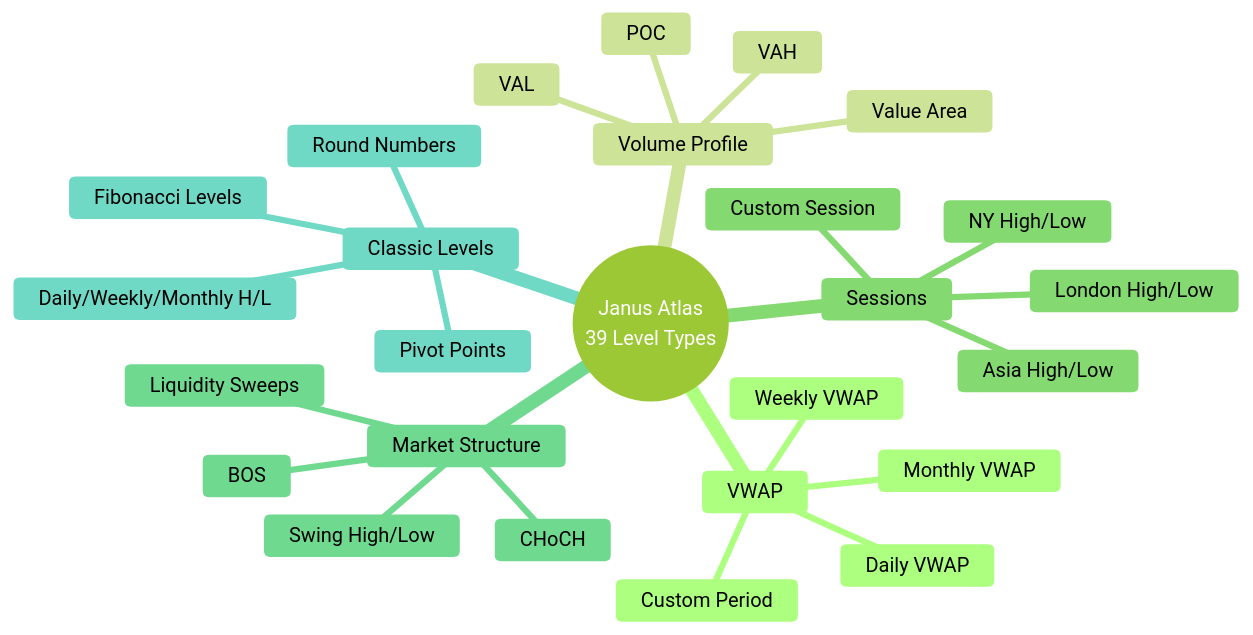
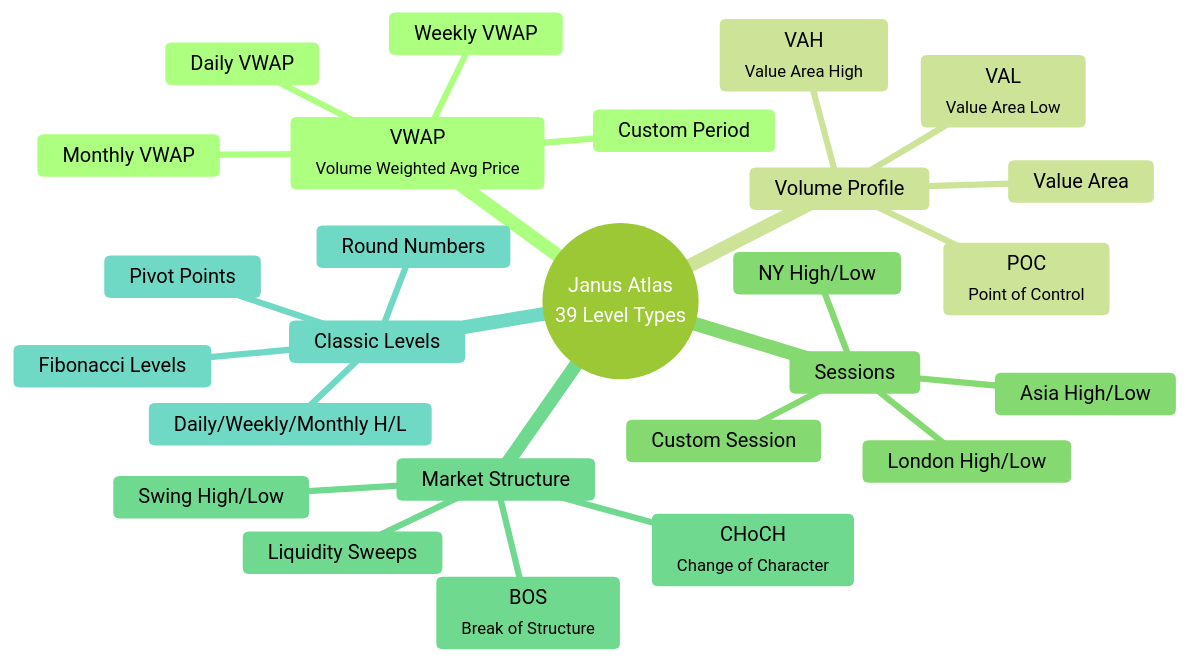
The eighth of 12 diagrams in MERMAID_DIAGRAMS.md (Signalpilot/signalpilot-docs), drawn with Mermaid (forest theme) before and after one commit. The commit also changed other lines of this file and 3 other files, not shown here.

````diff
--- a/MERMAID_DIAGRAMS.md
+++ b/MERMAID_DIAGRAMS.md
@@ -277,29 +281,29 @@
 ```mermaid
 mindmap
   root((Janus Atlas<br/>39 Level Types))
-    VWAP
+    VWAP<br/><small>Volume Weighted Avg Price</small>
       Daily VWAP
       Weekly VWAP
       Monthly VWAP
       Custom Period
     Volume Profile
-      POC
-      VAH
-      VAL
+      POC<br/><small>Point of Control</small>
+      VAH<br/><small>Value Area High</small>
+      VAL<br/><small>Value Area Low</small>
       Value Area
     Sessions
       Asia High/Low
       London High/Low
       NY High/Low
       Custom Session
     Market Structure
-      BOS
-      CHoCH
+      BOS<br/><small>Break of Structure</small>
+      CHoCH<br/><small>Change of Character</small>
       Swing High/Low
       Liquidity Sweeps
     Classic Levels
       Daily/Weekly/Monthly H/L
       Pivot Points
       Fibonacci Levels
       Round Numbers
 ```
````
